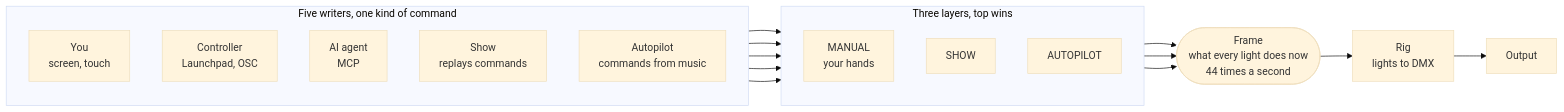
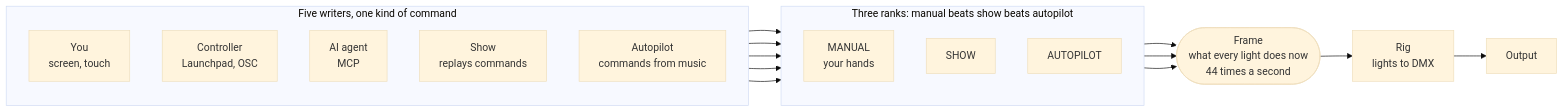
The first of 13 diagrams in docs/design/theory.md (abossard/bossylights), drawn with Mermaid (base theme) before and after one commit. The commit also changed other lines of this file and 6 other files, not shown here.

````diff
--- a/docs/design/theory.md
+++ b/docs/design/theory.md
@@ -9,32 +9,32 @@
 ```mermaid
 flowchart LR
   subgraph W["Five writers, one kind of command"]
     direction TB
     YOU["You<br/>screen, touch"]
     PAD["Controller<br/>Launchpad, OSC"]
     AGENT["AI agent<br/>MCP"]
     SHOWP["Show<br/>replays commands"]
     AUTOP["Autopilot<br/>commands from music"]
   end
 
-  subgraph L["Three layers, top wins"]
+  subgraph L["Three ranks: manual beats show beats autopilot"]
     direction TB
     LIVE["MANUAL<br/>your hands"]
     SHOW["SHOW"]
     AUTO["AUTOPILOT"]
   end
 
   FRAME(["Frame<br/>what every light does now<br/>44 times a second"])
   RIG["Rig<br/>lights to DMX"]
   OUT["Output"]
 
   YOU --> LIVE
   PAD --> LIVE
   AGENT --> LIVE
   SHOWP --> SHOW
   AUTOP --> AUTO
   LIVE --> FRAME
   SHOW --> FRAME
   AUTO --> FRAME
   FRAME --> RIG --> OUT
 ```
````
